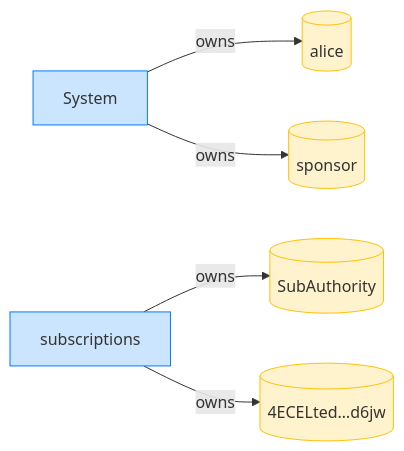
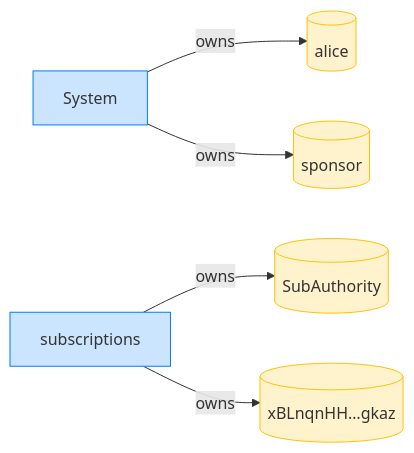
The eighth of 8 diagrams in dsl_tests/a-sponsor-cannot-revoke-a-non-expired-fixed-delegation.md (cds-rs/subscriptions), drawn with Mermaid before and after one commit. The commit also changed other lines of this file and 224 other files, not shown here.

````diff
--- a/dsl_tests/a-sponsor-cannot-revoke-a-non-expired-fixed-delegation.md
+++ b/dsl_tests/a-sponsor-cannot-revoke-a-non-expired-fixed-delegation.md
@@ -150,15 +158,15 @@
 ```mermaid
 flowchart LR
     classDef owner fill:#cce5ff,stroke:#007bff;
     classDef account fill:#fff3cd,stroke:#ffc107;
     System[System]:::owner
     alice[(alice)]:::account
     subscriptions[subscriptions]:::owner
     SubAuthority[(SubAuthority)]:::account
-    4ECELted_d6jw[("4ECELted…d6jw")]:::account
+    xBLnqnHH_gkaz[("xBLnqnHH…gkaz")]:::account
     sponsor[(sponsor)]:::account
     System -->|owns| alice
     subscriptions -->|owns| SubAuthority
-    subscriptions -->|owns| 4ECELted_d6jw
+    subscriptions -->|owns| xBLnqnHH_gkaz
     System -->|owns| sponsor
 ```
````
